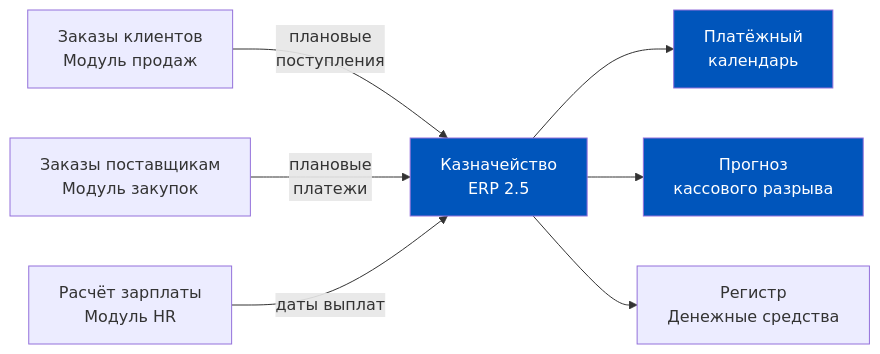
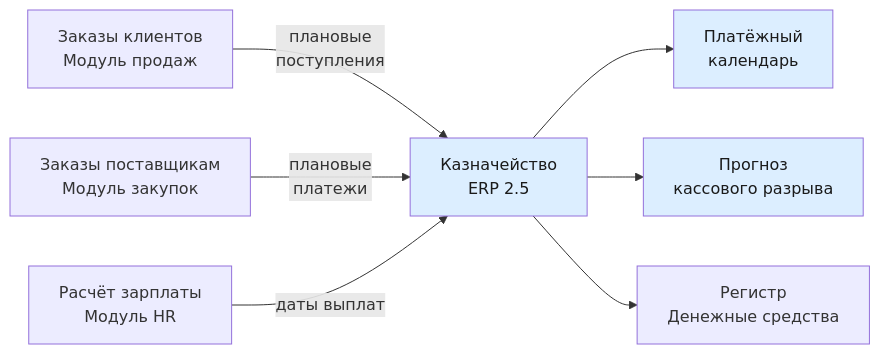
The first of 10 diagrams in content/1c-erp/week_8/Неделя 8 - День 3 - Казначейство и управление кэшем.md (murad1986/1c-erp-quartz), drawn with Mermaid before and after one commit. The commit also changed other lines of this file and 57 other files, not shown here.

First line of the commit message:
fix: Mermaid — пастельные цвета в источниках диаграмм (56 файлов)

````diff
--- a/content/1c-erp/week_8/Неделя 8 - День 3 - Казначейство и управление кэшем.md
+++ b/content/1c-erp/week_8/Неделя 8 - День 3 - Казначейство и управление кэшем.md
@@ -70,13 +70,13 @@
 ```mermaid
 flowchart LR
     A[Заказы клиентов<br/>Модуль продаж] -->|плановые<br/>поступления| D[Казначейство<br/>ERP 2.5]
     B[Заказы поставщикам<br/>Модуль закупок] -->|плановые<br/>платежи| D
     C[Расчёт зарплаты<br/>Модуль HR] -->|даты выплат| D
     D --> E[Платёжный<br/>календарь]
     D --> F[Прогноз<br/>кассового разрыва]
     D --> G[Регистр<br/>Денежные средства]
 
-    style D fill:#0055BB,color:#fff
-    style E fill:#0055BB,color:#fff
-    style F fill:#0055BB,color:#fff
+    style D fill:#dceeff,color:#1a1a1a
+    style E fill:#dceeff,color:#1a1a1a
+    style F fill:#dceeff,color:#1a1a1a
 ```
````
